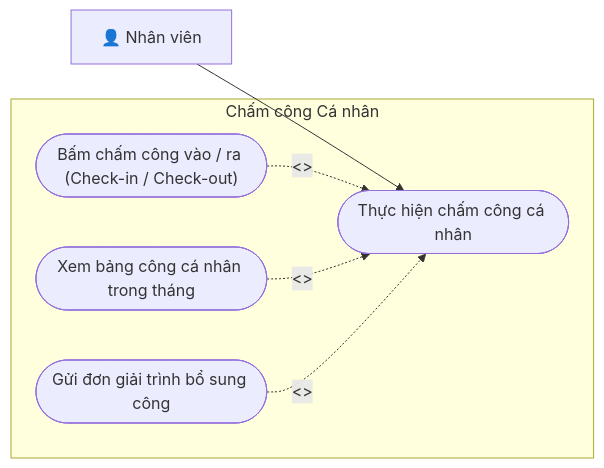
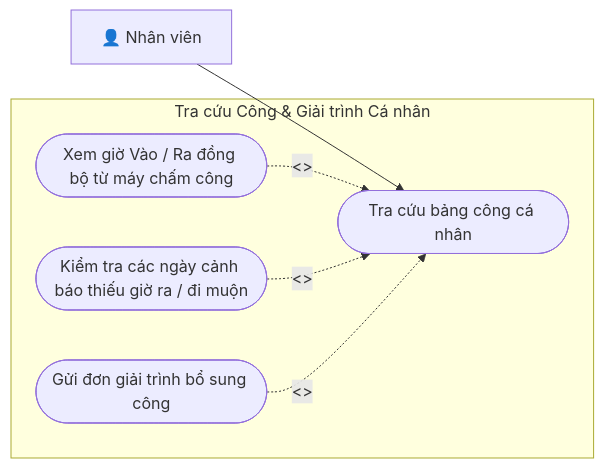
Diagram 17 of 37 in docs/Các biểu đồ/So_Do_Use_Case_Tong_Quat_HRM.md (aye2710/HRM-DATN), drawn with Mermaid before and after one commit. The commit also changed other lines of this file and 2 other files, not shown here.

````diff
--- a/docs/Các biểu đồ/So_Do_Use_Case_Tong_Quat_HRM.md
+++ b/docs/Các biểu đồ/So_Do_Use_Case_Tong_Quat_HRM.md
@@ -417,16 +417,16 @@
 ```mermaid
 flowchart LR
     EMP["👤 Nhân viên"]
 
-    subgraph UC_EMP_ATT_BOX ["Chấm công Cá nhân"]
-        UC_EATT(["Thực hiện chấm công cá nhân"])
-        UC_EATT_1(["Bấm chấm công vào / ra (Check-in / Check-out)"])
-        UC_EATT_2(["Xem bảng công cá nhân trong tháng"])
+    subgraph UC_EMP_ATT_BOX ["Tra cứu Công & Giải trình Cá nhân"]
+        UC_EATT(["Tra cứu bảng công cá nhân"])
+        UC_EATT_1(["Xem giờ Vào / Ra đồng bộ từ máy chấm công"])
+        UC_EATT_2(["Kiểm tra các ngày cảnh báo thiếu giờ ra / đi muộn"])
         UC_EATT_3(["Gửi đơn giải trình bổ sung công"])
     end
 
     EMP --> UC_EATT
     UC_EATT_1 -.->|<<include>>| UC_EATT
     UC_EATT_2 -.->|<<extend>>| UC_EATT
     UC_EATT_3 -.->|<<extend>>| UC_EATT
 ```
````
